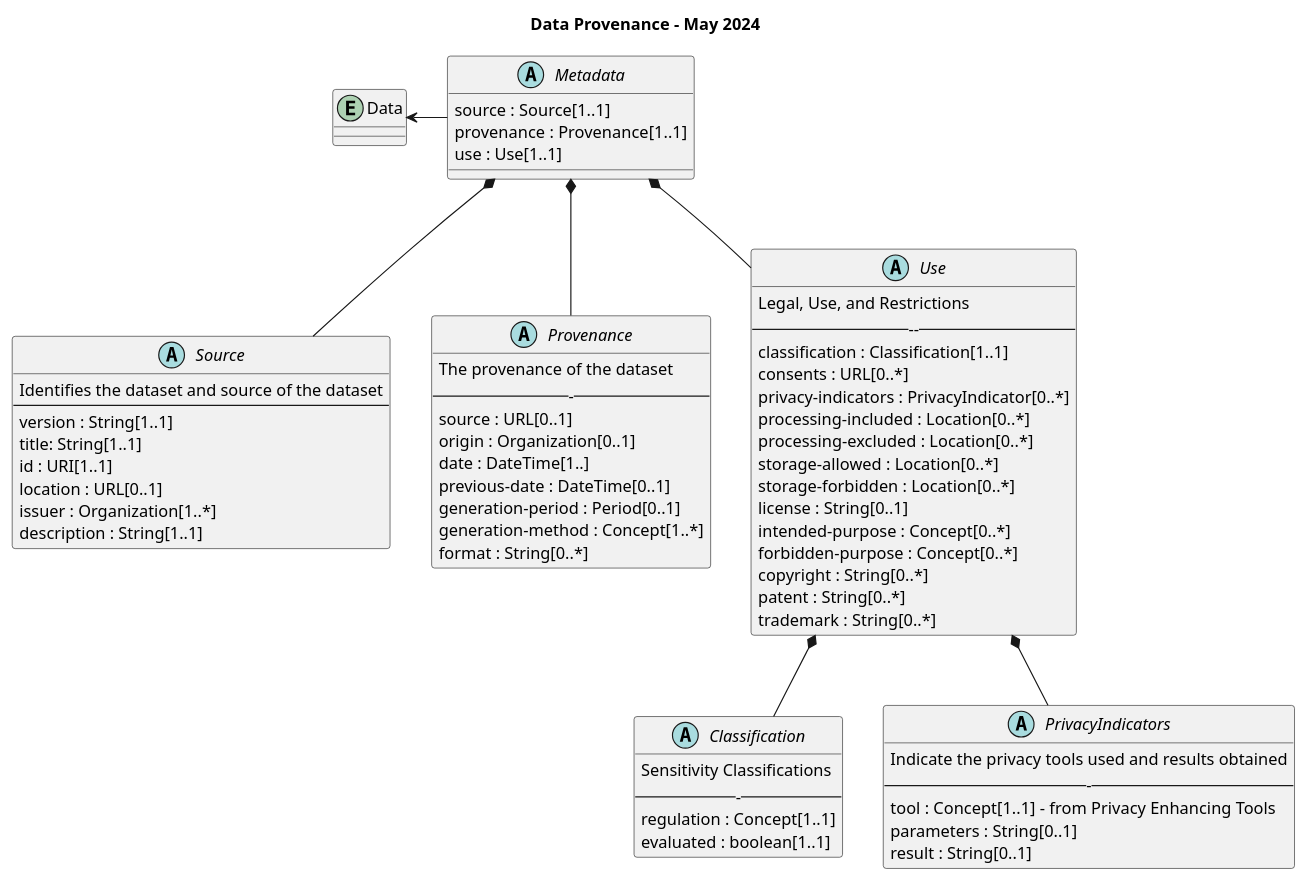
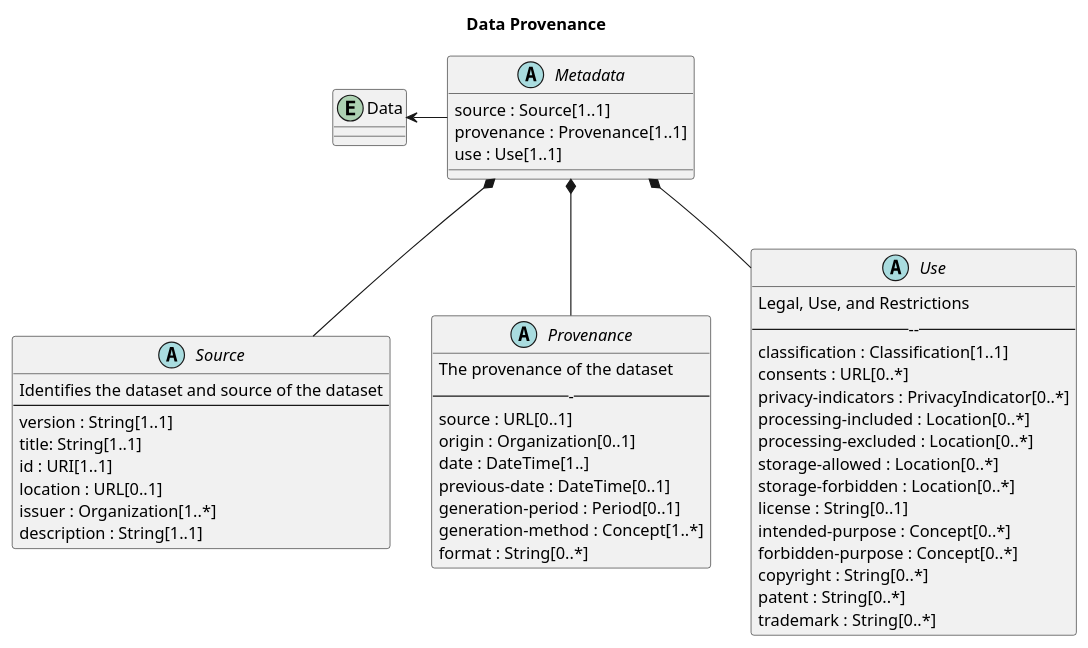
Before and after one commit to Data-and-Trust-Alliance/DPS: the diagram in ImageSource/metadata.plantuml, drawn with PlantUML. The commit also changed 7 other files, not shown here.

```diff
--- a/ImageSource/metadata.plantuml
+++ b/ImageSource/metadata.plantuml
@@ -1,76 +1,59 @@
 @startuml 
-title Data Provenance - May 2024
+title Data Provenance
 
 entity Data
 
 abstract class Metadata {
     source : Source[1..1]
     provenance : Provenance[1..1]
     use : Use[1..1]
 }
 
 Metadata *-down- Source 
 Metadata *-down- Provenance 
 Metadata *-down- Use 
 Metadata -left-> Data
 
 abstract class Source {
     Identifies the dataset and source of the dataset
     ----
     version : String[1..1]
     title: String[1..1]
     id : URI[1..1]
     location : URL[0..1]
     issuer : Organization[1..*]
     description : String[1..1]
 }
 
 abstract class Provenance {
     The provenance of the dataset
     -----
     source : URL[0..1]
     origin : Organization[0..1]
     date : DateTime[1..]
     previous-date : DateTime[0..1]
     generation-period : Period[0..1]
     generation-method : Concept[1..*]
     format : String[0..*]
 }
 
 abstract class Use {
     Legal, Use, and Restrictions
     ------
     classification : Classification[1..1]
     consents : URL[0..*]
     privacy-indicators : PrivacyIndicator[0..*]
     processing-included : Location[0..*]
     processing-excluded : Location[0..*]
     storage-allowed : Location[0..*]
     storage-forbidden : Location[0..*]
     license : String[0..1]
     intended-purpose : Concept[0..*]
     forbidden-purpose : Concept[0..*]
     copyright : String[0..*]
     patent : String[0..*]
     trademark : String[0..*]
 }
 
-Use  *-down- Classification 
-Use *-down- PrivacyIndicators
 
-
-abstract class Classification {
-    Sensitivity Classifications
-    -----
-    regulation : Concept[1..1]
-    evaluated : boolean[1..1]
-}
-
-abstract class PrivacyIndicators {
-    Indicate the privacy tools used and results obtained
-    -----
-    tool : Concept[1..1] - from Privacy Enhancing Tools
-    parameters : String[0..1]
-    result : String[0..1]
-}
 @enduml
```
